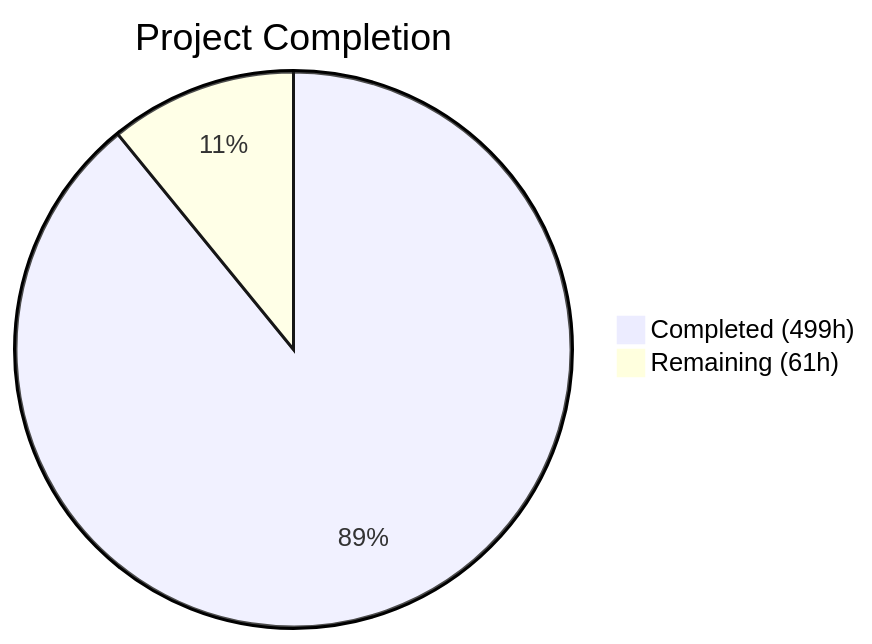
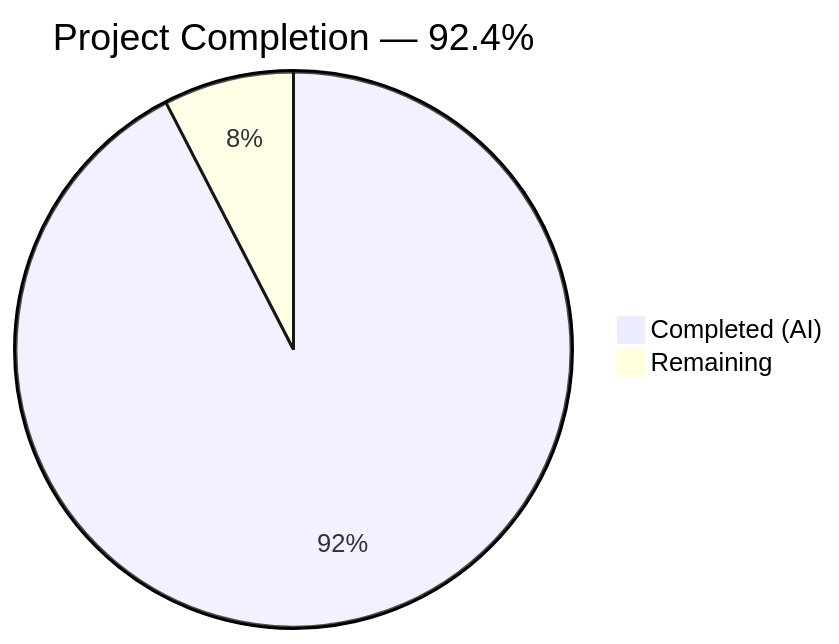
One commit to Blitzy-Sandbox/blitzy-c-compiler changed the first of 2 diagrams in blitzy/documentation/Project Guide.md. Above: the diagram before and after it, drawn with Mermaid. The commit also changed other lines of this file, not shown here.

Commit message:
Adding Blitzy Project Guide: Project Status and Human Tasks Remaining

````diff
--- a/blitzy/documentation/Project Guide.md
+++ b/blitzy/documentation/Project Guide.md
@@ -13,5 +13,5 @@
 ```mermaid
-pie title Project Completion
-    "Completed (499h)" : 499
-    "Remaining (61h)" : 61
+pie title Project Completion — 92.4%
+    "Completed (AI)" : 536
+    "Remaining" : 44
 ```
````
